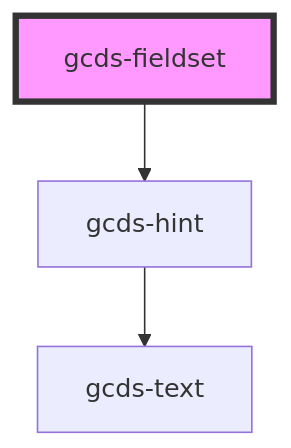
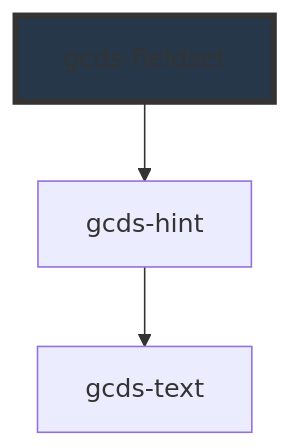
The diagram in packages/web/src/components/gcds-fieldset/readme.md (cds-snc/gcds-components), drawn with Mermaid before and after one commit. The commit also changed other lines of this file and 21 other files, not shown here.

````diff
--- a/packages/web/src/components/gcds-fieldset/readme.md
+++ b/packages/web/src/components/gcds-fieldset/readme.md
@@ -24,6 +31,6 @@
 ```mermaid
 graph TD;
   gcds-fieldset --> gcds-hint
   gcds-hint --> gcds-text
-  style gcds-fieldset fill:#f9f,stroke:#333,stroke-width:4px
+  style gcds-fieldset fill:#26374a,stroke:#333,stroke-width:4px
 ```
````
